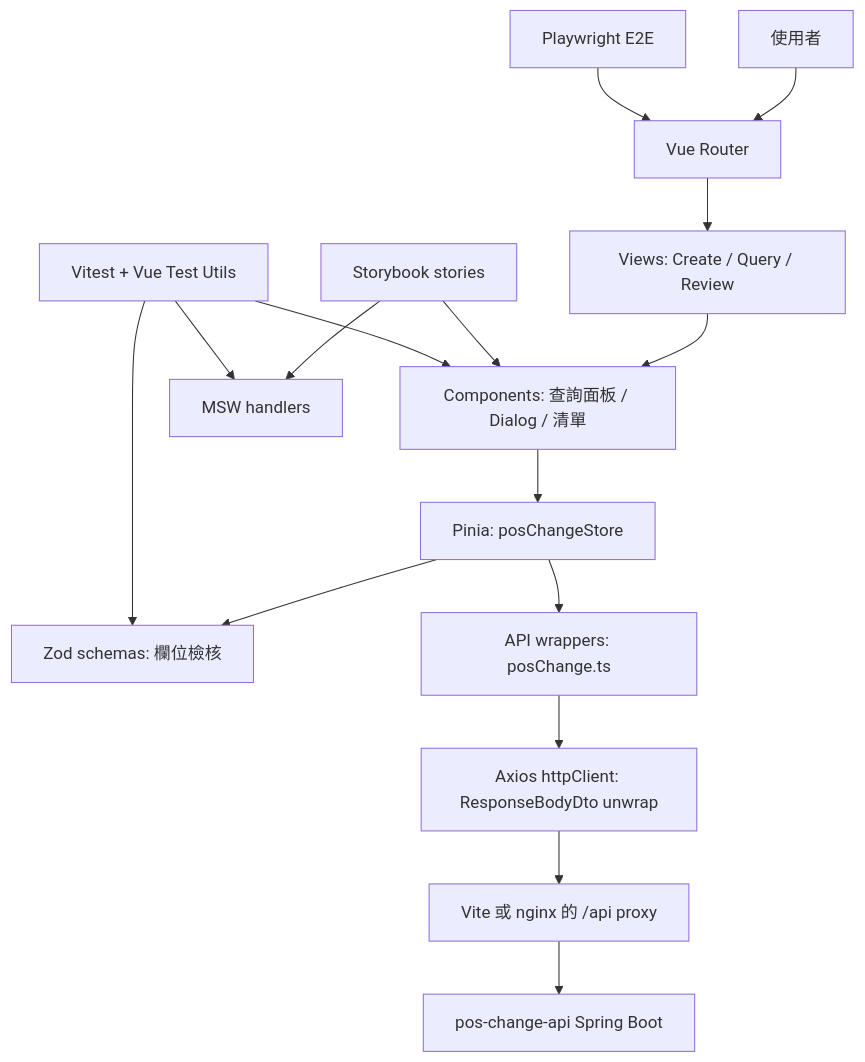
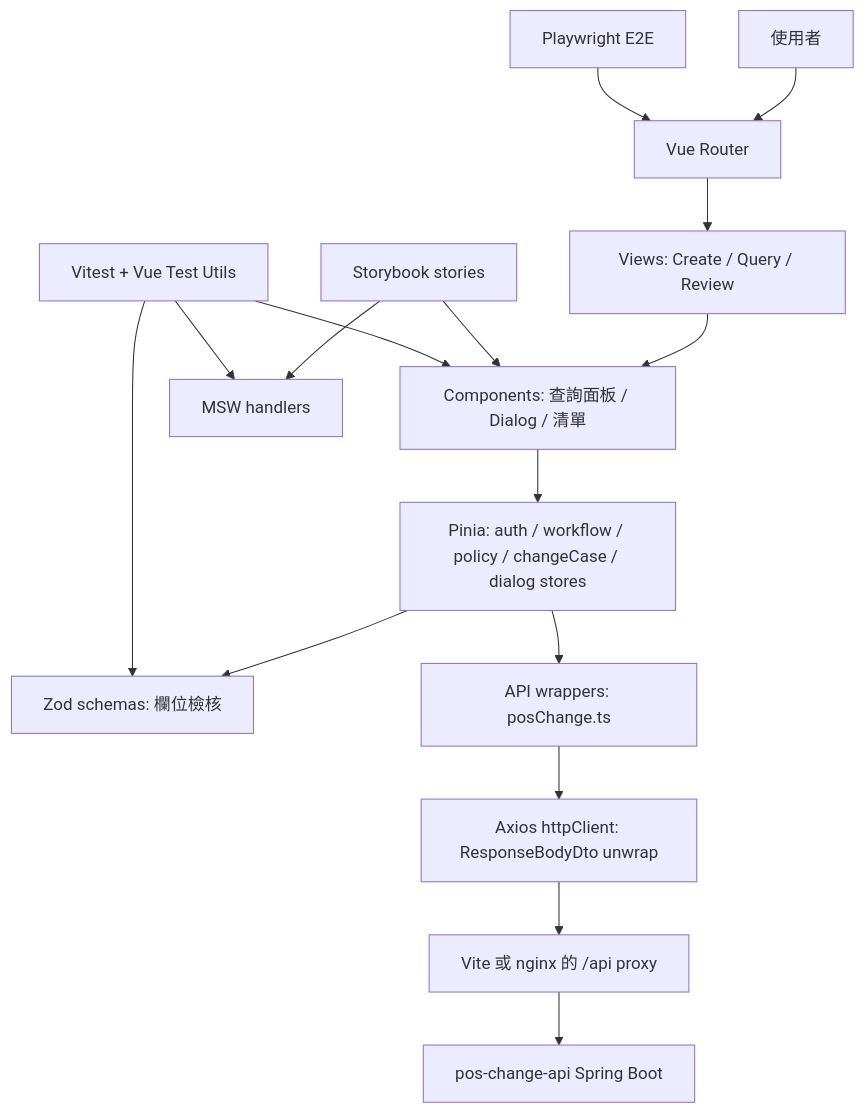
One commit to lin-chia-ying0630/pos-web changed the sixth of 6 diagrams in readme.md. Above: the diagram before and after it, drawn with Mermaid. The commit also changed other lines of this file and 46 other files, not shown here.

````diff
--- a/readme.md
+++ b/readme.md
@@ -269,18 +296,18 @@
 ```mermaid
 flowchart TD
     A["使用者"] --> B["Vue Router"]
     B --> C["Views: Create / Query / Review"]
     C --> D["Components: 查詢面板 / Dialog / 清單"]
-    D --> E["Pinia: posChangeStore"]
+    D --> E["Pinia: auth / workflow / policy / changeCase / dialog stores"]
     E --> F["Zod schemas: 欄位檢核"]
     E --> G["API wrappers: posChange.ts"]
     G --> H["Axios httpClient: ResponseBodyDto unwrap"]
     H --> I["Vite 或 nginx 的 /api proxy"]
     I --> J["pos-change-api Spring Boot"]
     K["Storybook stories"] --> D
     K --> L["MSW handlers"]
     M["Vitest + Vue Test Utils"] --> D
     M --> F
     M --> L
     N["Playwright E2E"] --> B
 ```
````
